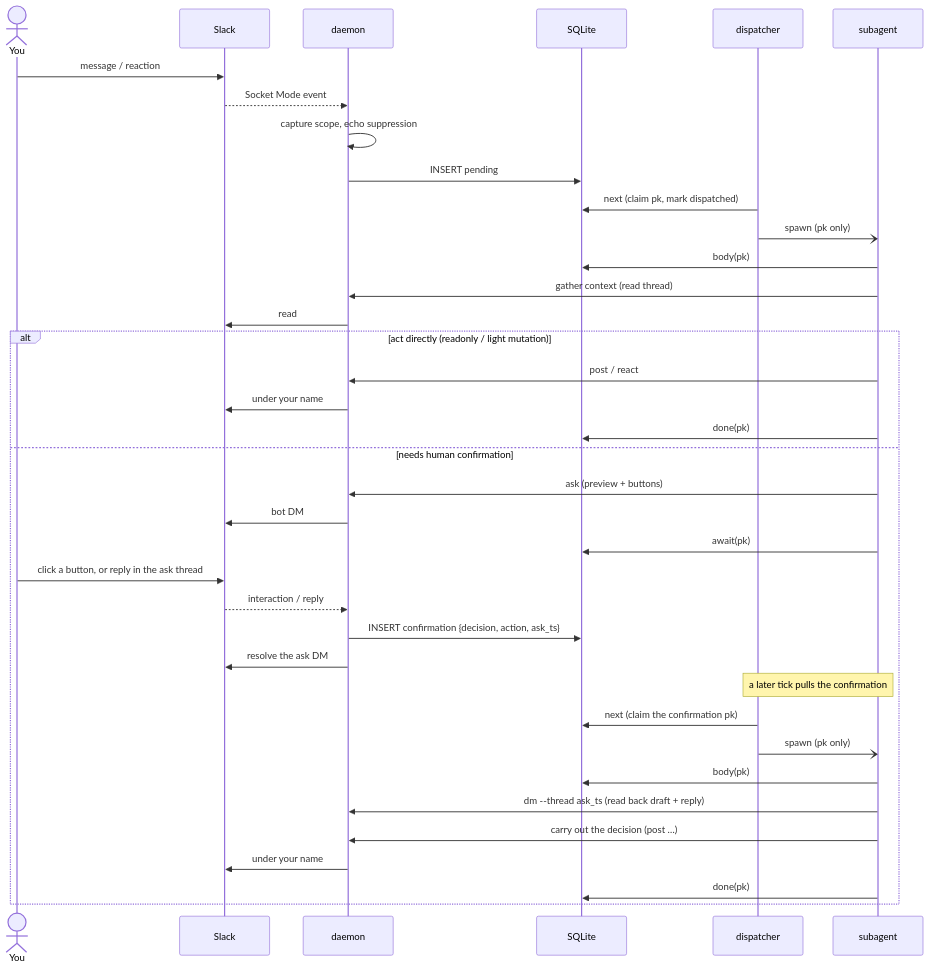
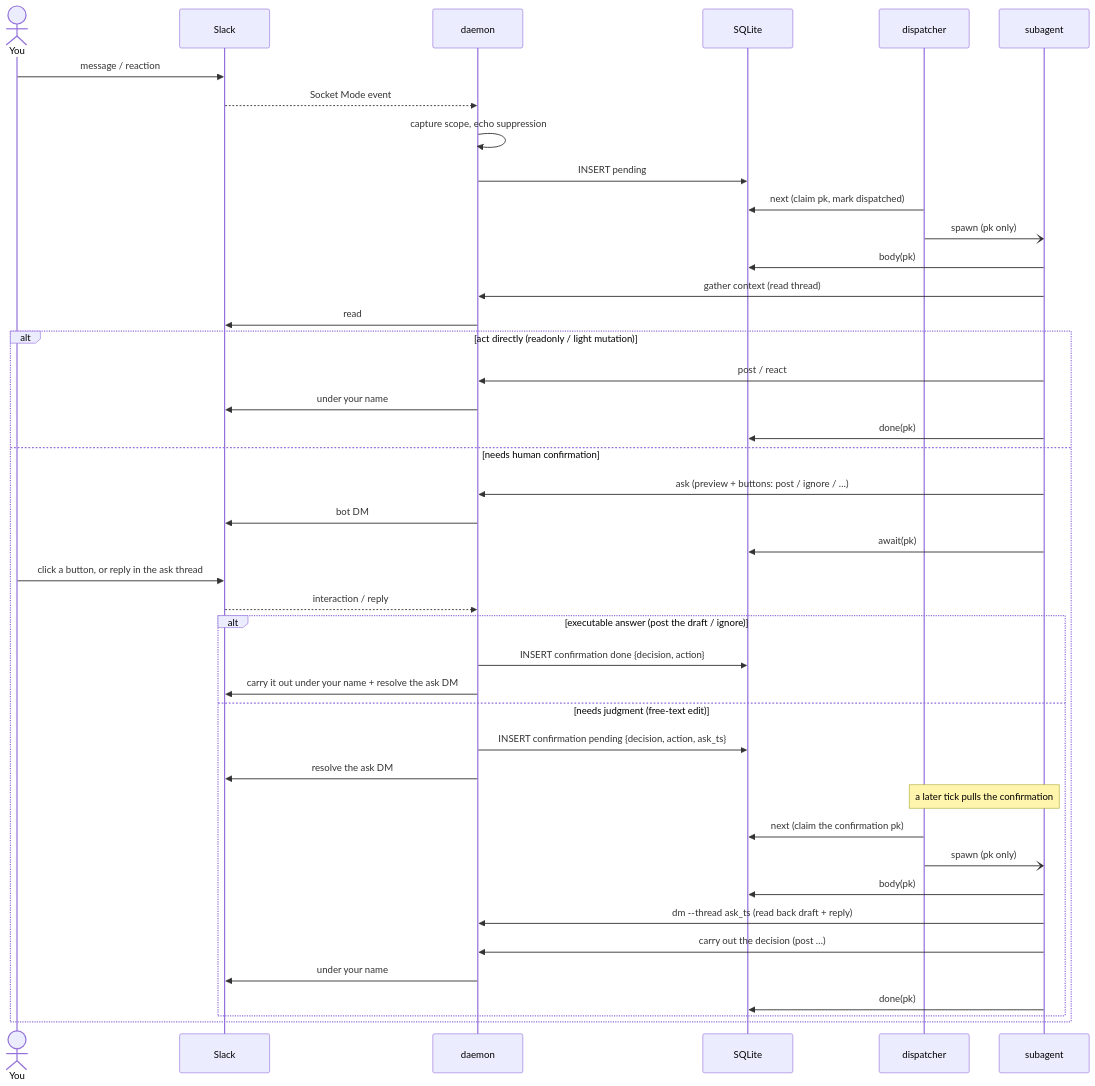
One commit to m5d215/slack-deputy changed the second of 2 diagrams in README.md. Above: the diagram before and after it, drawn with Mermaid. The commit also changed other lines of this file and 4 other files, not shown here.

First line of the commit message:
feat: resolve executable confirmations at the daemon edge

````diff
--- a/README.md
+++ b/README.md
@@ -70,42 +76,47 @@
 ```mermaid
 sequenceDiagram
   actor H as You
   participant SL as Slack
   participant D as daemon
   participant DB as SQLite
   participant L as dispatcher
   participant A as subagent
 
   H->>SL: message / reaction
   SL-->>D: Socket Mode event
   D->>D: capture scope, echo suppression
   D->>DB: INSERT pending
 
   L->>DB: next (claim pk, mark dispatched)
   L-)A: spawn (pk only)
   A->>DB: body(pk)
   A->>D: gather context (read thread)
   D->>SL: read
 
   alt act directly (readonly / light mutation)
     A->>D: post / react
     D->>SL: under your name
     A->>DB: done(pk)
   else needs human confirmation
-    A->>D: ask (preview + buttons)
+    A->>D: ask (preview + buttons: post / ignore / …)
     D->>SL: bot DM
     A->>DB: await(pk)
     H->>SL: click a button, or reply in the ask thread
     SL-->>D: interaction / reply
-    D->>DB: INSERT confirmation {decision, action, ask_ts}
-    D->>SL: resolve the ask DM
-    Note over L,A: a later tick pulls the confirmation
-    L->>DB: next (claim the confirmation pk)
-    L-)A: spawn (pk only)
-    A->>DB: body(pk)
-    A->>D: dm --thread ask_ts (read back draft + reply)
-    A->>D: carry out the decision (post …)
-    D->>SL: under your name
-    A->>DB: done(pk)
+    alt executable answer (post the draft / ignore)
+      D->>DB: INSERT confirmation done {decision, action}
+      D->>SL: carry it out under your name + resolve the ask DM
+    else needs judgment (free-text edit)
+      D->>DB: INSERT confirmation pending {decision, action, ask_ts}
+      D->>SL: resolve the ask DM
+      Note over L,A: a later tick pulls the confirmation
+      L->>DB: next (claim the confirmation pk)
+      L-)A: spawn (pk only)
+      A->>DB: body(pk)
+      A->>D: dm --thread ask_ts (read back draft + reply)
+      A->>D: carry out the decision (post …)
+      D->>SL: under your name
+      A->>DB: done(pk)
+    end
   end
 ```
````
